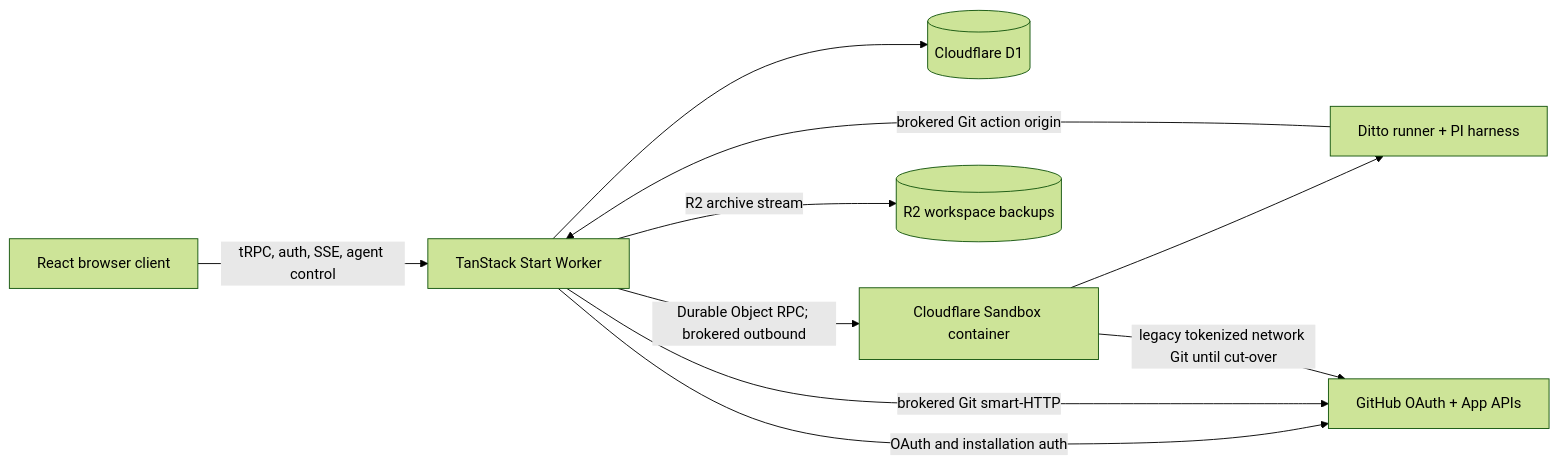
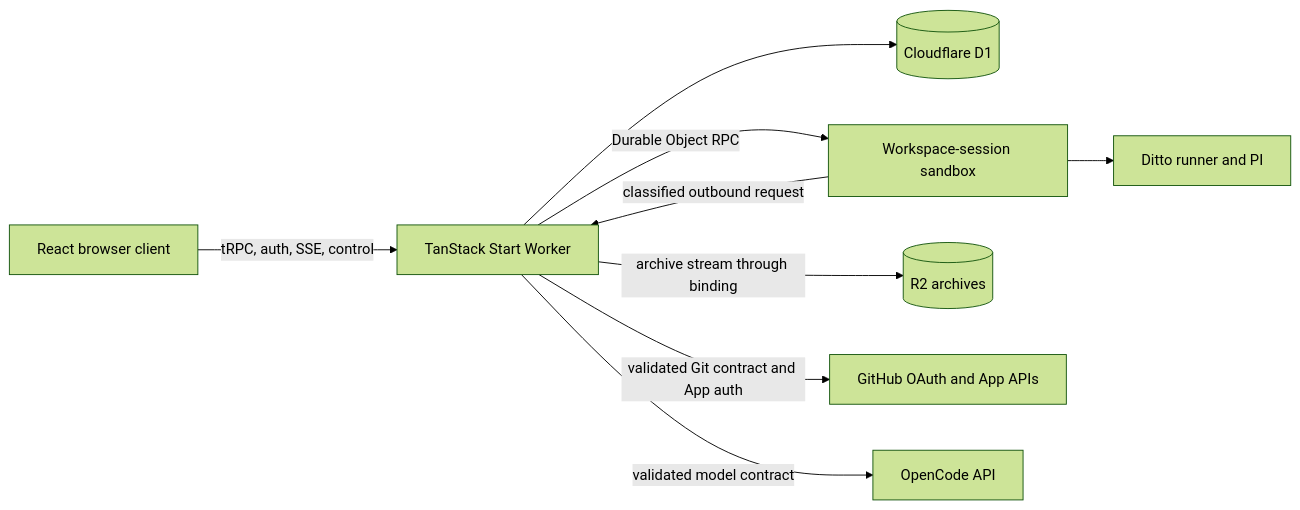
Before and after one commit to metaloozee/ditto: the diagram in docs/architecture/overview.md, drawn with Mermaid (forest theme). The commit also changed other lines of this file and 68 other files, not shown here.

First line of the commit message:
refactor(web): remove legacy sandbox paths

````diff
--- a/docs/architecture/overview.md
+++ b/docs/architecture/overview.md
@@ -17,20 +9,20 @@
 ```mermaid
 flowchart LR
   Browser[React browser client]
   Worker[TanStack Start Worker]
   D1[(Cloudflare D1)]
-  Sandbox[Cloudflare Sandbox container]
-  Runner[Ditto runner + PI harness]
-  R2[(R2 workspace backups)]
-  GitHub[GitHub OAuth + App APIs]
+  Sandbox[Workspace-session sandbox]
+  Runner[Ditto runner and PI]
+  R2[(R2 archives)]
+  GitHub[GitHub OAuth and App APIs]
+  OpenCode[OpenCode API]
 
-  Browser -->|tRPC, auth, SSE, agent control| Worker
+  Browser -->|tRPC, auth, SSE, control| Worker
   Worker --> D1
-  Worker -->|Durable Object RPC; brokered outbound| Sandbox
+  Worker -->|Durable Object RPC| Sandbox
   Sandbox --> Runner
-  Worker -->|R2 archive stream| R2
-  Worker -->|OAuth and installation auth| GitHub
-  Worker -->|brokered Git smart-HTTP| GitHub
-  Sandbox -->|legacy tokenized network Git until cut-over| GitHub
-  Runner -->|brokered Git action origin| Worker
+  Sandbox -->|classified outbound request| Worker
+  Worker -->|validated model contract| OpenCode
+  Worker -->|validated Git contract and App auth| GitHub
+  Worker -->|archive stream through binding| R2
 ```
````
